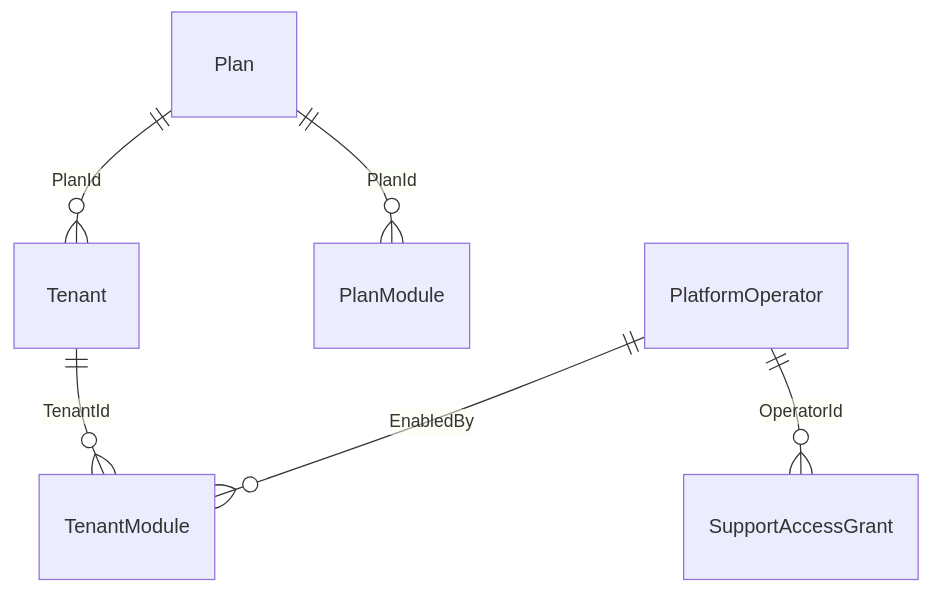
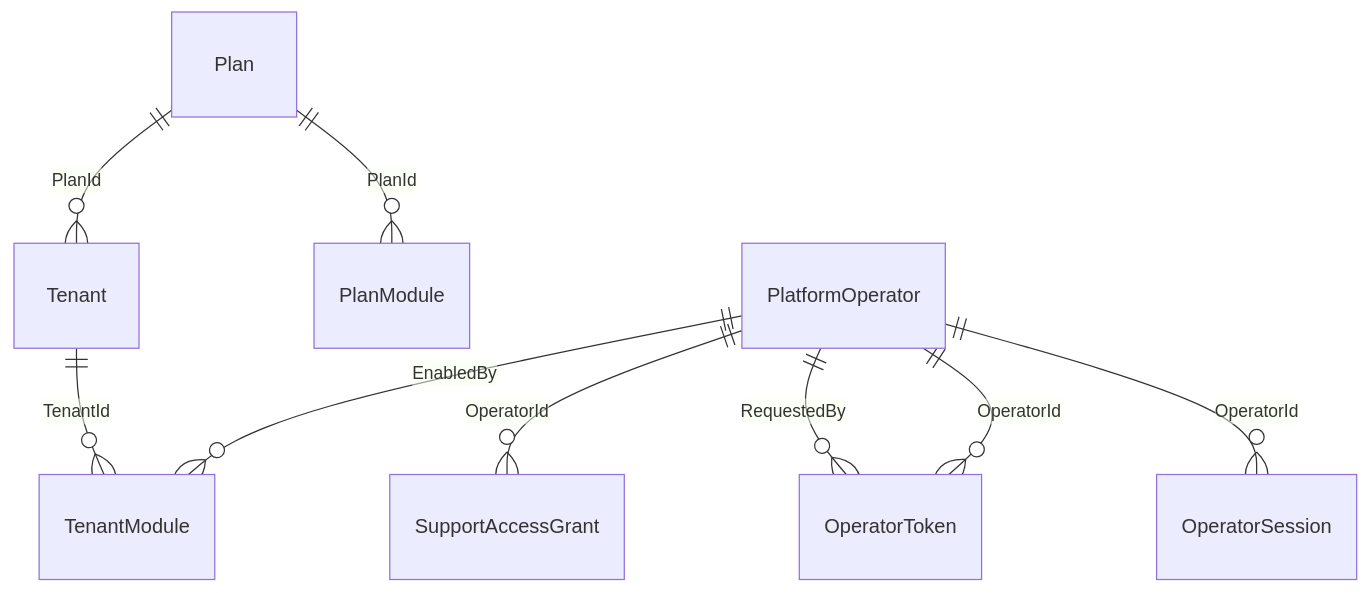
Before and after one commit to thawrasy/smartlines: the first of 20 diagrams in treasury-platform/docs/22-erd-by-schema.md, drawn with Mermaid. The commit also changed other lines of this file and 17 other files, not shown here.

````diff
--- a/treasury-platform/docs/22-erd-by-schema.md
+++ b/treasury-platform/docs/22-erd-by-schema.md
@@ -7,8 +7,11 @@
 ```mermaid
 erDiagram
   Plan ||--o{ PlanModule : "PlanId"
   Plan ||--o{ Tenant : "PlanId"
+  PlatformOperator ||--o{ OperatorSession : "OperatorId"
+  PlatformOperator ||--o{ OperatorToken : "OperatorId"
+  PlatformOperator ||--o{ OperatorToken : "RequestedBy"
   PlatformOperator ||--o{ SupportAccessGrant : "OperatorId"
   PlatformOperator ||--o{ TenantModule : "EnabledBy"
   Tenant ||--o{ TenantModule : "TenantId"
 ```
````
